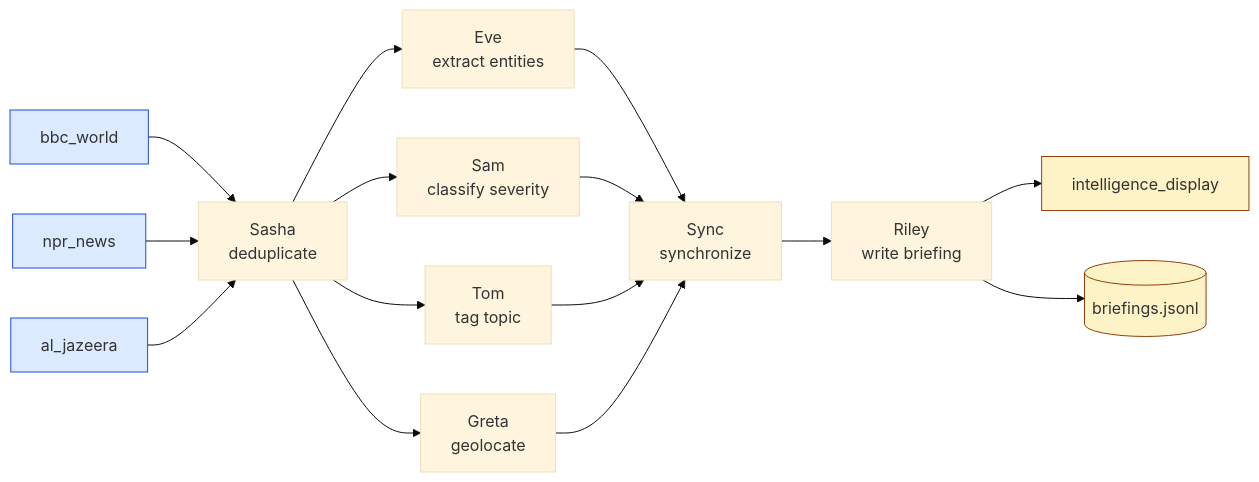
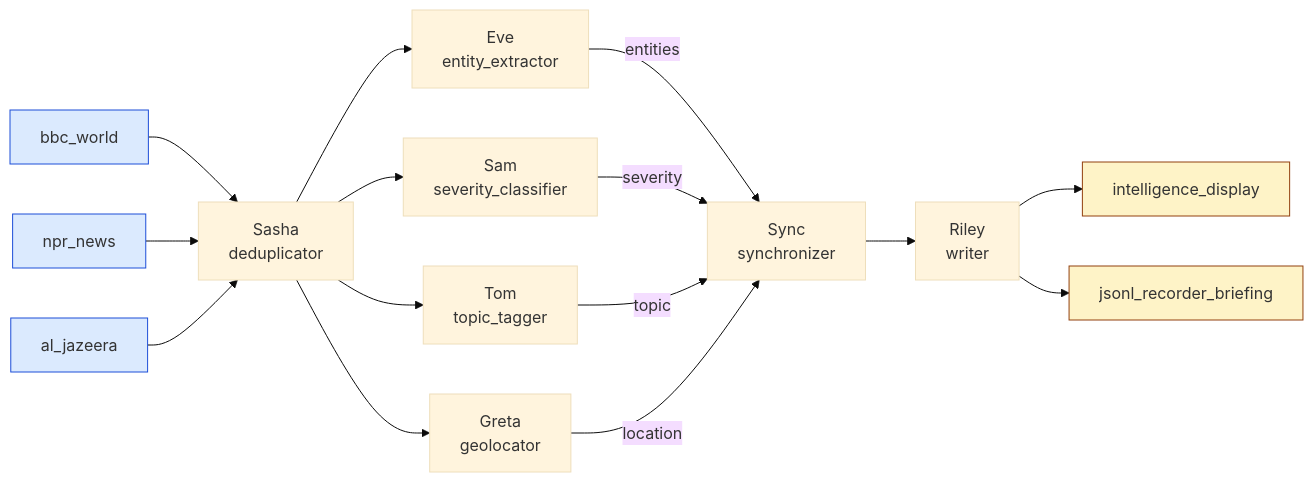
Before and after one commit to kmchandy/DisSysLab: the diagram in ASPIRATIONAL.md, drawn with Mermaid (base theme). The commit also changed other lines of this file and 6 other files, not shown here.

````diff
--- a/ASPIRATIONAL.md
+++ b/ASPIRATIONAL.md
@@ -357,19 +357,33 @@
 ```mermaid
 flowchart LR
-  A[bbc_world]:::src --> D[Sasha<br/>deduplicate]
-  B[npr_news]:::src --> D
-  C[al_jazeera]:::src --> D
-  D --> E1[Eve<br/>extract entities]
-  D --> E2[Sam<br/>classify severity]
-  D --> E3[Tom<br/>tag topic]
-  D --> E4[Greta<br/>geolocate]
-  E1 --> H[Sync<br/>synchronize]
-  E2 --> H
-  E3 --> H
-  E4 --> H
-  H --> I[Riley<br/>write briefing]
-  I --> J[intelligence_display]:::sink
-  I --> K[(briefings.jsonl)]:::sink
+  bbc_world[bbc_world]
+  npr_news[npr_news]
+  al_jazeera[al_jazeera]
+  Sasha[Sasha<br/>deduplicator]
+  Eve[Eve<br/>entity_extractor]
+  Sam[Sam<br/>severity_classifier]
+  Tom[Tom<br/>topic_tagger]
+  Greta[Greta<br/>geolocator]
+  Sync[Sync<br/>synchronizer]
+  Riley[Riley<br/>writer]
+  intelligence_display[intelligence_display]
+  jsonl_recorder_briefing[jsonl_recorder_briefing]
+  bbc_world --> Sasha
+  npr_news --> Sasha
+  al_jazeera --> Sasha
+  Sasha --> Eve
+  Sasha --> Sam
+  Sasha --> Tom
+  Sasha --> Greta
+  Eve -->|entities| Sync
+  Sam -->|severity| Sync
+  Tom -->|topic| Sync
+  Greta -->|location| Sync
+  Sync --> Riley
+  Riley --> intelligence_display
+  Riley --> jsonl_recorder_briefing
   classDef src fill:#dbeafe,stroke:#1d4ed8
+  class bbc_world,npr_news,al_jazeera src
   classDef sink fill:#fef3c7,stroke:#92400e
+  class intelligence_display,jsonl_recorder_briefing sink
 ```
````
